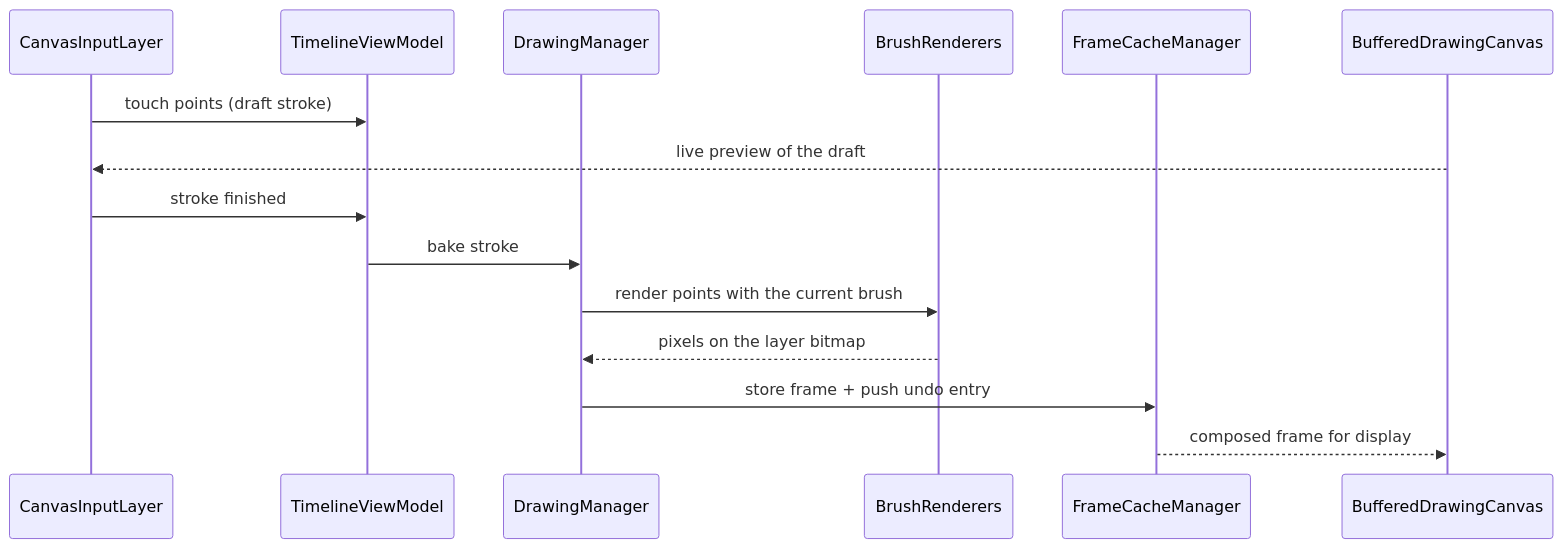
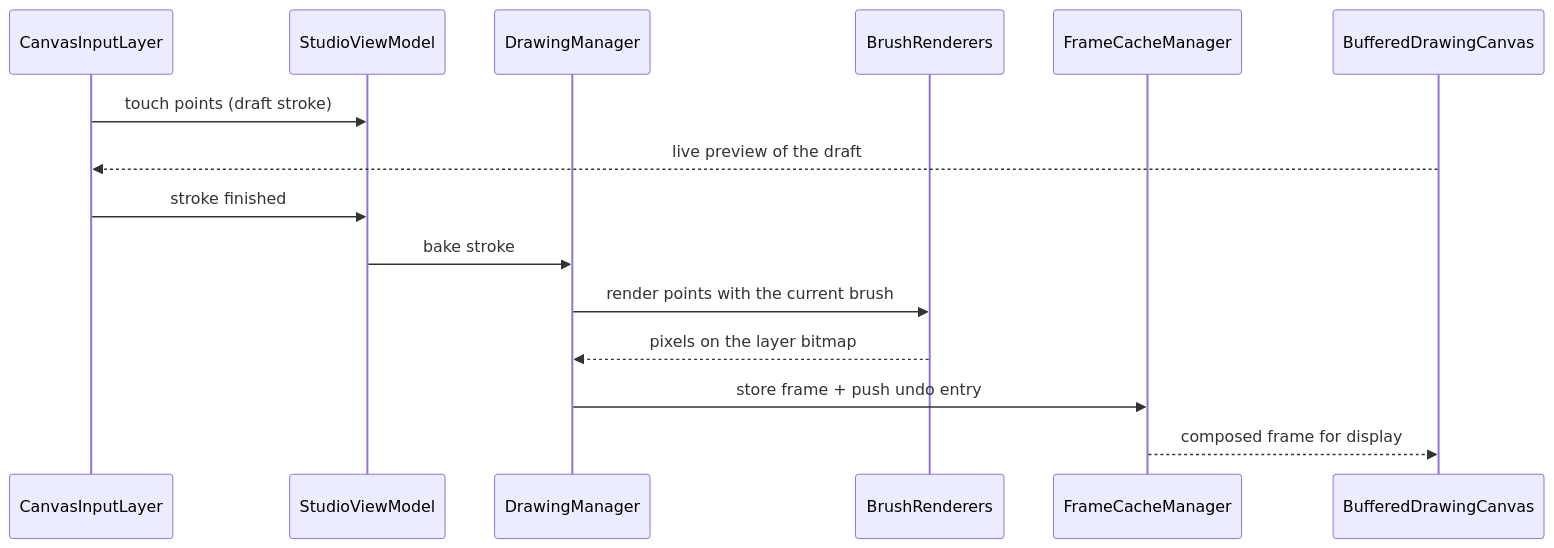
The third of 5 diagrams in docs/architecture/README.md (DonnC/kinetiframe), drawn with Mermaid before and after one commit. The commit also changed other lines of this file and 159 other files, not shown here.

First line of the commit message:
Rename the editor's Timeline types to Studio

````diff
--- a/docs/architecture/README.md
+++ b/docs/architecture/README.md
@@ -103,18 +103,18 @@
 ```mermaid
 sequenceDiagram
     participant Input as CanvasInputLayer
-    participant VM as TimelineViewModel
+    participant VM as StudioViewModel
     participant DM as DrawingManager
     participant Brush as BrushRenderers
     participant Cache as FrameCacheManager
     participant Canvas as BufferedDrawingCanvas
 
     Input->>VM: touch points (draft stroke)
     Canvas-->>Input: live preview of the draft
     Input->>VM: stroke finished
     VM->>DM: bake stroke
     DM->>Brush: render points with the current brush
     Brush-->>DM: pixels on the layer bitmap
     DM->>Cache: store frame + push undo entry
     Cache-->>Canvas: composed frame for display
 ```
````
